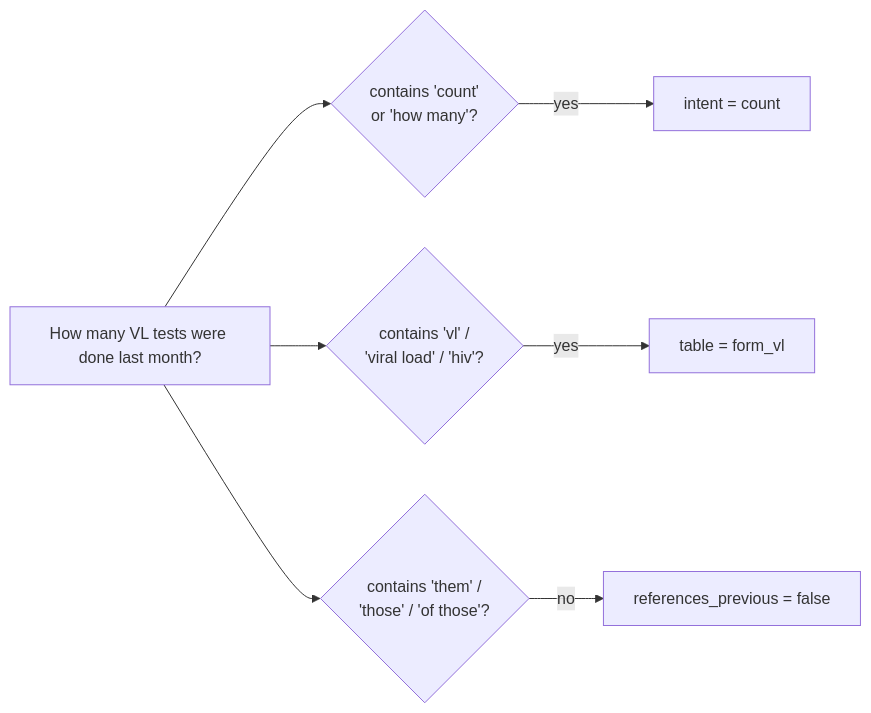
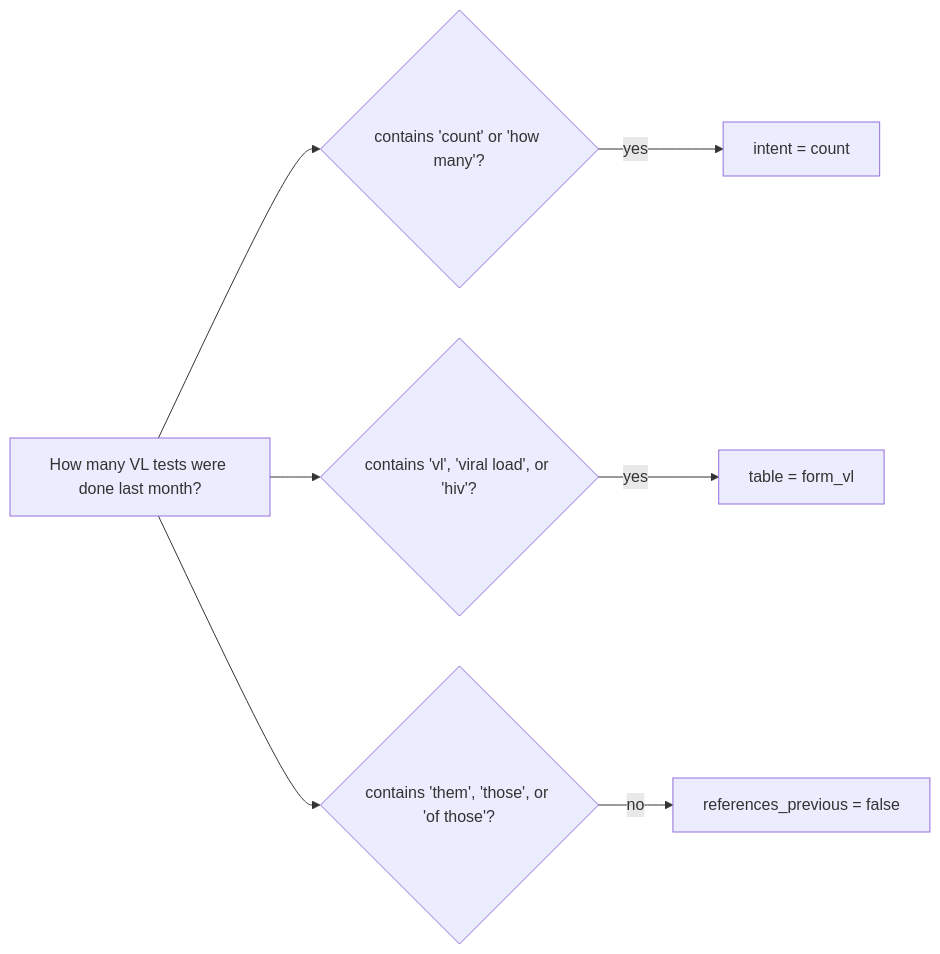
The second of 4 diagrams in docs/query-flow.md (deforay/intelis-insights), drawn with Mermaid before and after one commit. The commit also changed other lines of this file, not shown here.

Commit message:
docs(query-flow): quote mermaid node labels with /, +, ? to fix render

````diff
--- a/docs/query-flow.md
+++ b/docs/query-flow.md
@@ -82,10 +82,10 @@
 ```mermaid
 flowchart LR
   Q["How many VL tests were done last month?"]
-  Q --> R1{contains 'count'<br/>or 'how many'?}
-  Q --> R2{contains 'vl' /<br/>'viral load' / 'hiv'?}
-  Q --> R3{contains 'them' /<br/>'those' / 'of those'?}
-  R1 -->|yes| I[intent = count]
-  R2 -->|yes| T[table = form_vl]
-  R3 -->|no| F[references_previous = false]
+  Q --> R1{"contains 'count' or 'how many'?"}
+  Q --> R2{"contains 'vl', 'viral load', or 'hiv'?"}
+  Q --> R3{"contains 'them', 'those', or 'of those'?"}
+  R1 -->|yes| I["intent = count"]
+  R2 -->|yes| T["table = form_vl"]
+  R3 -->|no| F["references_previous = false"]
 ```
````
